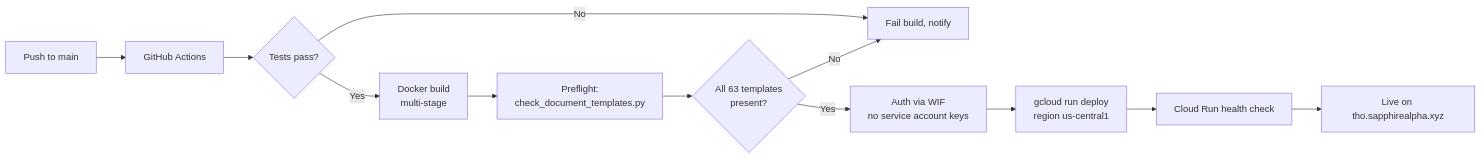
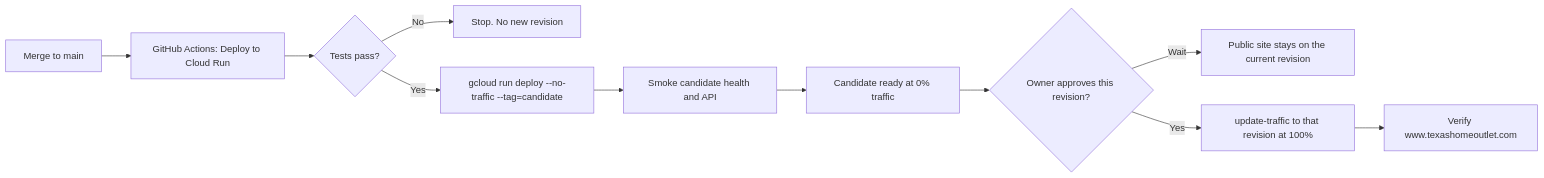
The sixth of 8 diagrams in docs/WORKFLOWS.md (arigatoexpress/Project-Go-Forward), drawn with Mermaid before and after one commit. The commit also changed other lines of this file and 8 other files, not shown here.

First line of the commit message:
Document the post-Deploy promote step so green CI is not live traffic (#402)

````diff
--- a/docs/WORKFLOWS.md
+++ b/docs/WORKFLOWS.md
@@ -143,14 +149,13 @@
 ```mermaid
 flowchart LR
-    A[Push to main] --> B[GitHub Actions]
+    A[Merge to main] --> B[GitHub Actions: Deploy to Cloud Run]
     B --> C{Tests pass?}
-    C -->|No| D[Fail build, notify]
-    C -->|Yes| E[Docker build<br/>multi-stage]
-    E --> F[Preflight:<br/>check_document_templates.py]
-    F --> G{All 63 templates<br/>present?}
-    G -->|No| D
-    G -->|Yes| H[Auth via WIF<br/>no service account keys]
-    H --> I[gcloud run deploy<br/>region us-central1]
-    I --> J[Cloud Run health check]
-    J --> K[Live on tho.sapphirealpha.xyz]
+    C -->|No| D[Stop. No new revision]
+    C -->|Yes| E["gcloud run deploy --no-traffic --tag=candidate"]
+    E --> F[Smoke candidate health and API]
+    F --> G[Candidate ready at 0% traffic]
+    G --> H{Owner approves this revision?}
+    H -->|Wait| I[Public site stays on the current revision]
+    H -->|Yes| J["update-traffic to that revision at 100%"]
+    J --> K[Verify www.texashomeoutlet.com]
 ```
````
